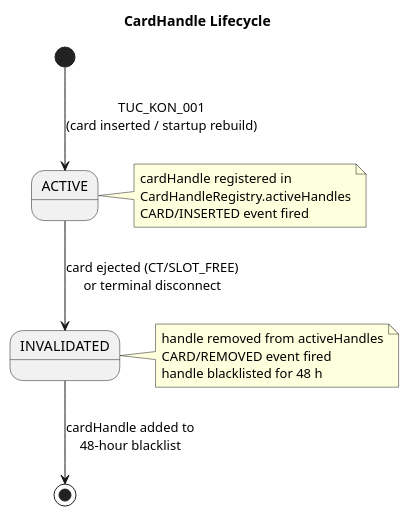
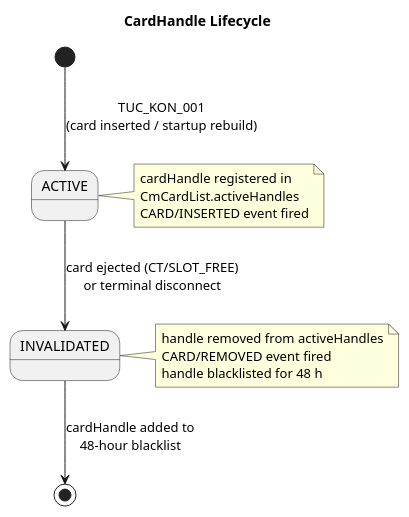
One commit to med-united/basis-consumer-health changed the diagram in specs/002-card-handle/diagrams/state-card-handle.puml. Above: the diagram before and after it, drawn with PlantUML. The commit also changed 28 other files, not shown here.

```diff
--- a/specs/002-card-handle/diagrams/state-card-handle.puml
+++ b/specs/002-card-handle/diagrams/state-card-handle.puml
@@ -1,19 +1,19 @@
 @startuml state-card-handle
 title CardHandle Lifecycle
 
 [*] --> ACTIVE : TUC_KON_001\n(card inserted / startup rebuild)
 ACTIVE --> INVALIDATED : card ejected (CT/SLOT_FREE)\nor terminal disconnect
 INVALIDATED --> [*] : cardHandle added to\n48-hour blacklist
 
 note right of ACTIVE
   cardHandle registered in
-  CardHandleRegistry.activeHandles
+  CmCardList.activeHandles
   CARD/INSERTED event fired
 end note
 
 note right of INVALIDATED
   handle removed from activeHandles
   CARD/REMOVED event fired
   handle blacklisted for 48 h
 end note
 @enduml
```
